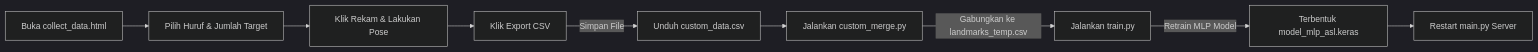
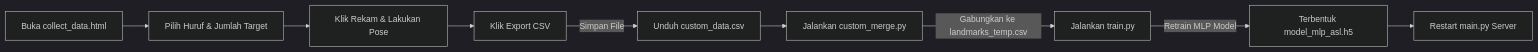
The third of 3 diagrams in README.md (rachmatx/asl-translator-v2.1), drawn with Mermaid (dark theme) before and after one commit. The commit also changed other lines of this file, not shown here.

````diff
--- a/README.md
+++ b/README.md
@@ -204,11 +204,11 @@
 ```mermaid
 flowchart LR
     A[Buka collect_data.html] --> B[Pilih Huruf & Jumlah Target]
     B --> C[Klik Rekam & Lakukan Pose]
     C --> D[Klik Export CSV]
     D -->|Simpan File| E[Unduh custom_data.csv]
     E --> F[Jalankan custom_merge.py]
     F -->|Gabungkan ke landmarks_temp.csv| G[Jalankan train.py]
-    G -->|Retrain MLP Model| H[Terbentuk model_mlp_asl.keras]
+    G -->|Retrain MLP Model| H[Terbentuk model_mlp_asl.h5]
     H --> I[Restart main.py Server]
 ```
````
